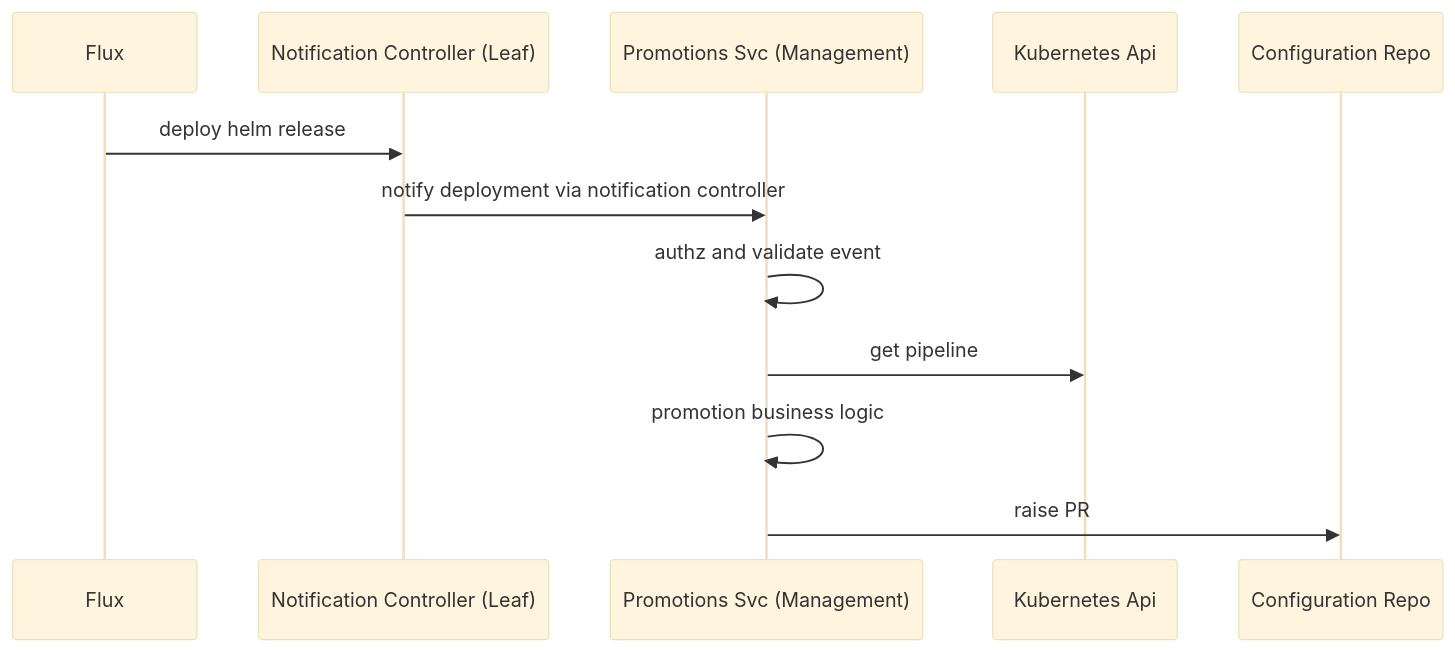
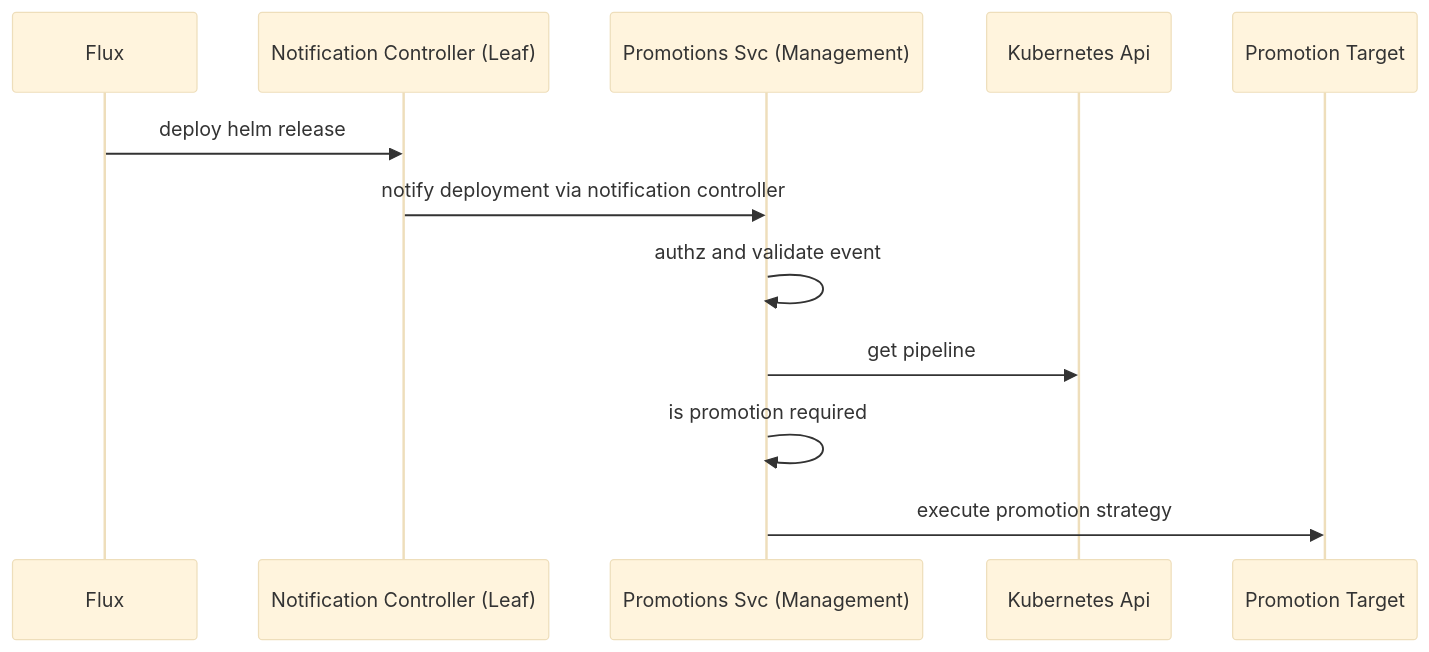
The fifth of 5 diagrams in docs/rfcs/0003-pipelines-promotion/README.md (weaveworks/weave-gitops-private), drawn with Mermaid (base theme) before and after one commit. The commit also changed other lines of this file and 1 other file, not shown here.

````diff
--- a/docs/rfcs/0003-pipelines-promotion/README.md
+++ b/docs/rfcs/0003-pipelines-promotion/README.md
@@ -283,15 +288,15 @@
 ```mermaid
    sequenceDiagram
     participant F as Flux
     participant LC as Notification Controller (Leaf)
     F->>LC: deploy helm release
     LC->>PS: notify deployment via notification controller    
     participant PS as Promotions Svc (Management)
     PS->>PS: authz and validate event
     participant k8s as Kubernetes Api
-    PS->>k8s: get pipeline
-    PS->>PS: promotion business logic
+    PS->>k8s: get pipeline    
+    PS->>PS: is promotion required
     participant k8s as Kubernetes Api
-    PS->>configRepo: raise PR
-    participant configRepo as Configuration Repo
+    PS->>promotionTarget: execute promotion strategy 
+    participant promotionTarget as Promotion Target    
 ```
````
